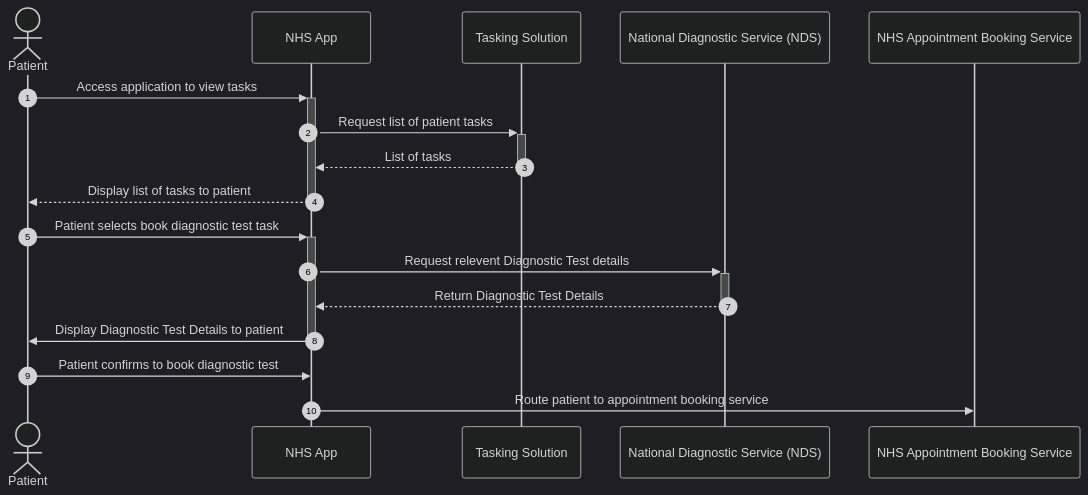
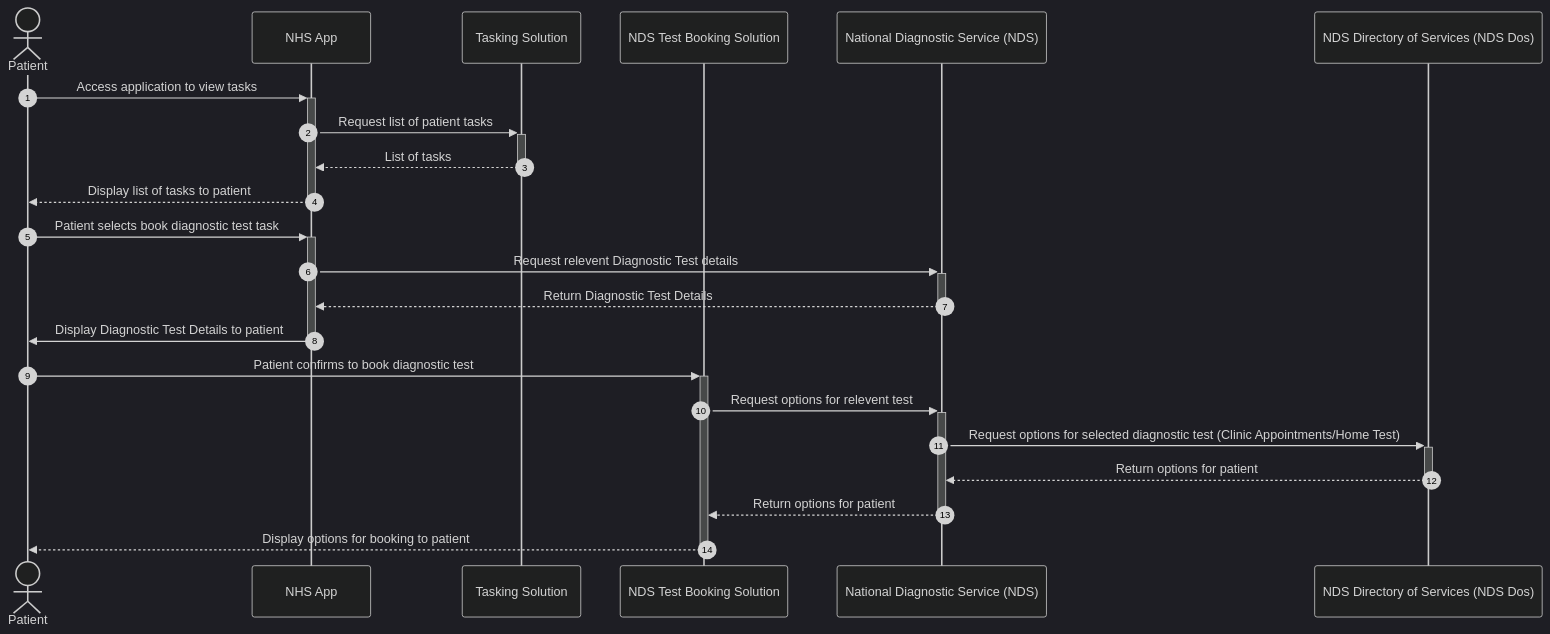
Before and after one commit to ribo8/nds-likec4-trial: the diagram in MermaidSequence/PatientTaskRetrival.mmd, drawn with Mermaid (dark theme). The commit also changed other lines of this file and 14 other files, not shown here.

Commit message:
Updates test request and test result views and relationships

```diff
--- a/MermaidSequence/PatientTaskRetrival.mmd
+++ b/MermaidSequence/PatientTaskRetrival.mmd
@@ -1,19 +1,23 @@
 sequenceDiagram
     autonumber
     actor patient as Patient
     participant nhsApp as NHS App
     participant taskingSolution as Tasking Solution
+    participant ndsTestBooking as NDS Test Booking Solution
     participant nds as National Diagnostic Service (NDS)
-    participant nhsAppointmentBookingService as NHS Appointment Booking Service
-
+    participant ndsDos as NDS Directory of Services (NDS Dos)
 
     patient ->>+ nhsApp : Access application to view tasks
     nhsApp ->>+ taskingSolution : Request list of patient tasks
     taskingSolution -->>- nhsApp : List of tasks
     nhsApp -->>- patient : Display list of tasks to patient
     patient ->>+ nhsApp: Patient selects book diagnostic test task
     nhsApp ->>+ nds: Request relevent Diagnostic Test details 
     nds -->>- nhsApp: Return Diagnostic Test Details
     nhsApp ->>- patient: Display Diagnostic Test Details to patient
-    patient ->> nhsApp: Patient confirms to book diagnostic test
-    nhsApp ->> nhsAppointmentBookingService: Route patient to appointment booking service
+    patient ->>+ ndsTestBooking: Patient confirms to book diagnostic test
+    ndsTestBooking ->>+ nds: Request options for relevent test
+    nds ->>+ ndsDos: Request options for selected diagnostic test (Clinic Appointments/Home Test)
+    ndsDos -->>- nds: Return options for patient
+    nds -->>- ndsTestBooking: Return options for patient
+    ndsTestBooking -->>- patient: Display options for booking to patient    
```
